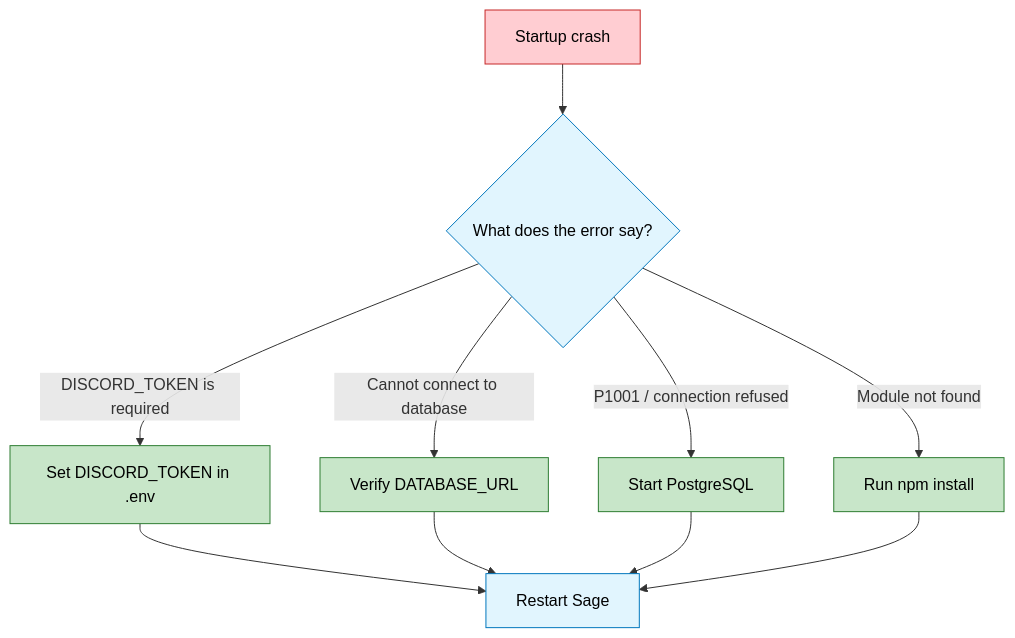
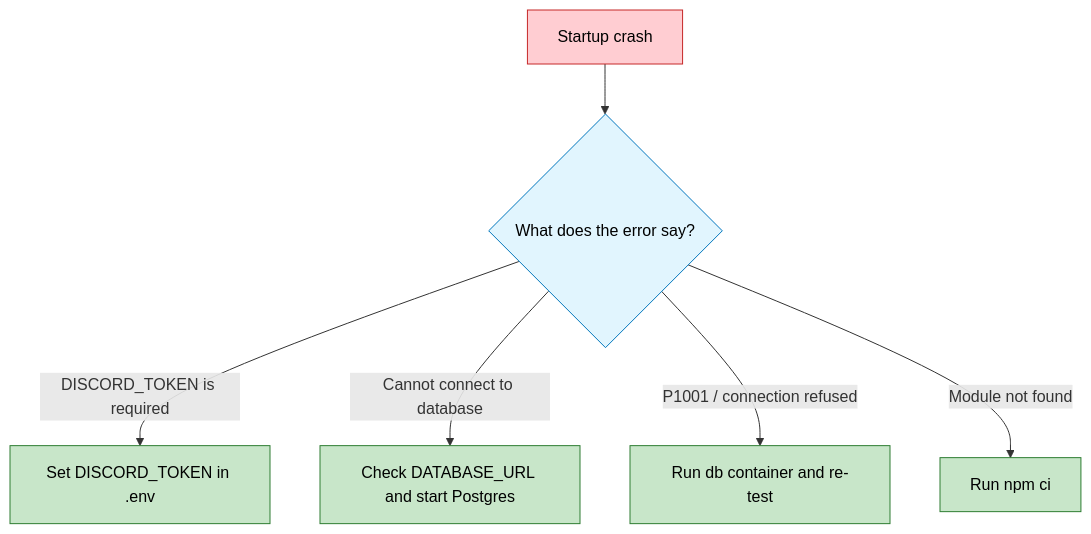
One commit to BokX1/Sage changed the diagram in docs/guides/TROUBLESHOOTING.md. Above: the diagram before and after it, drawn with Mermaid. The commit also changed other lines of this file and 21 other files, not shown here.

````diff
--- a/docs/guides/TROUBLESHOOTING.md
+++ b/docs/guides/TROUBLESHOOTING.md
@@ -54,19 +56,12 @@
 ```mermaid
 flowchart TD
-    %% Fast triage for common startup failures.
     classDef error fill:#ffcdd2,stroke:#c62828,color:black
     classDef fix fill:#c8e6c9,stroke:#2e7d32,color:black
     classDef check fill:#e1f5fe,stroke:#0277bd,color:black
 
     A[Startup crash]:::error --> B{What does the error say?}:::check
-
     B -->|DISCORD_TOKEN is required| C[Set DISCORD_TOKEN in .env]:::fix
-    B -->|Cannot connect to database| D[Verify DATABASE_URL]:::fix
-    B -->|P1001 / connection refused| E[Start PostgreSQL]:::fix
-    B -->|Module not found| F[Run npm install]:::fix
-
-    C --> G[Restart Sage]:::check
-    D --> G
-    E --> G
-    F --> G
+    B -->|Cannot connect to database| D[Check DATABASE_URL and start Postgres]:::fix
+    B -->|P1001 / connection refused| E[Run db container and re-test]:::fix
+    B -->|Module not found| F[Run npm ci]:::fix
 ```
````
